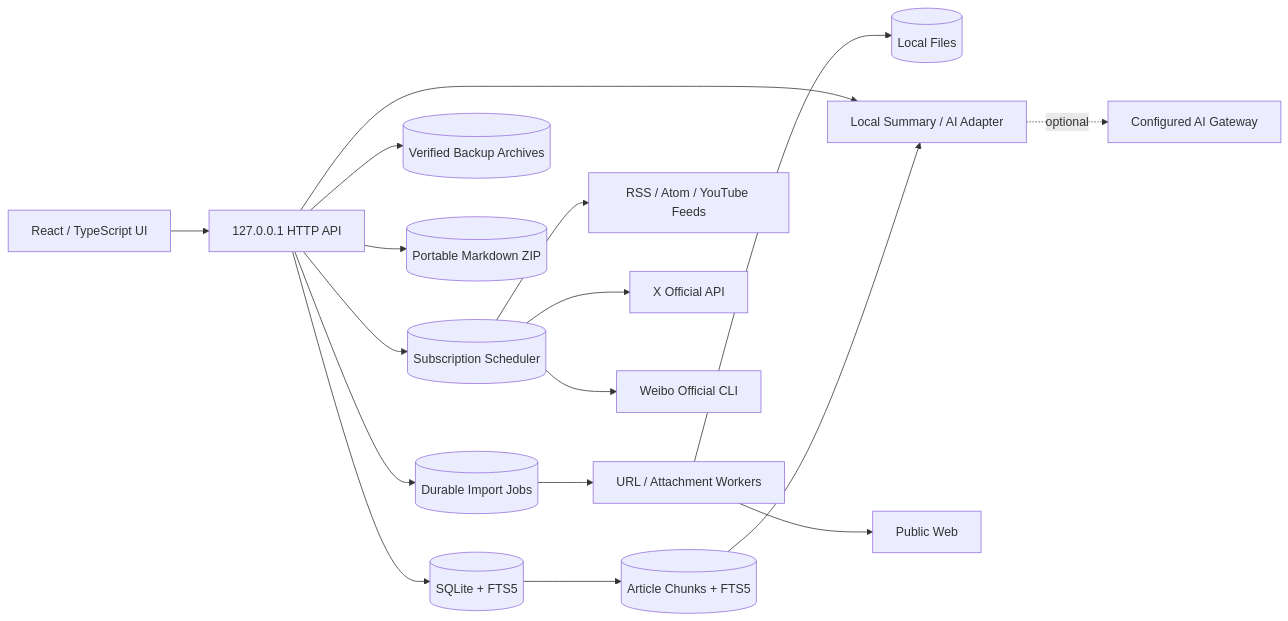
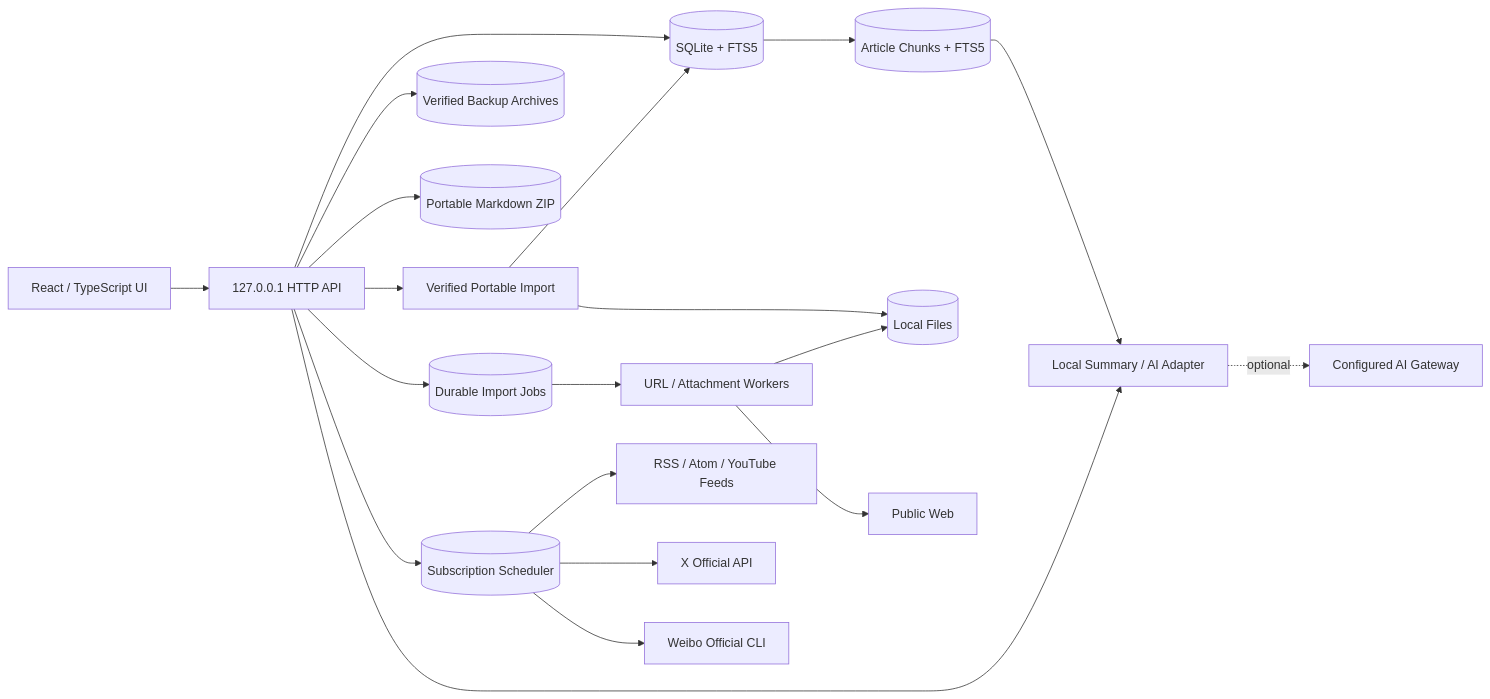
Before and after one commit to Leo-Cjw/Leo-Reader-App: the diagram in docs/ARCHITECTURE.md, drawn with Mermaid. The commit also changed other lines of this file and 16 other files, not shown here.

````diff
--- a/docs/ARCHITECTURE.md
+++ b/docs/ARCHITECTURE.md
@@ -9,19 +9,22 @@
 ```mermaid
 flowchart LR
   UI[React / TypeScript UI] --> API[127.0.0.1 HTTP API]
   API --> DB[(SQLite + FTS5)]
   API --> BACKUP[(Verified Backup Archives)]
   API --> EXPORT[(Portable Markdown ZIP)]
+  API --> PORTABLE[Verified Portable Import]
   API --> QUEUE[(Durable Import Jobs)]
   API --> SOURCES[(Subscription Scheduler)]
   QUEUE --> IMPORT[URL / Attachment Workers]
   SOURCES --> FEEDS[RSS / Atom / YouTube Feeds]
   SOURCES --> XAPI[X Official API]
   SOURCES --> WBCLI[Weibo Official CLI]
   IMPORT --> FILES[(Local Files)]
+  PORTABLE --> DB
+  PORTABLE --> FILES
   API --> AI[Local Summary / AI Adapter]
   DB --> CHUNKS[(Article Chunks + FTS5)]
   CHUNKS --> AI
   IMPORT --> WEB[Public Web]
   AI -. optional .-> MODEL[Configured AI Gateway]
 ```
````
